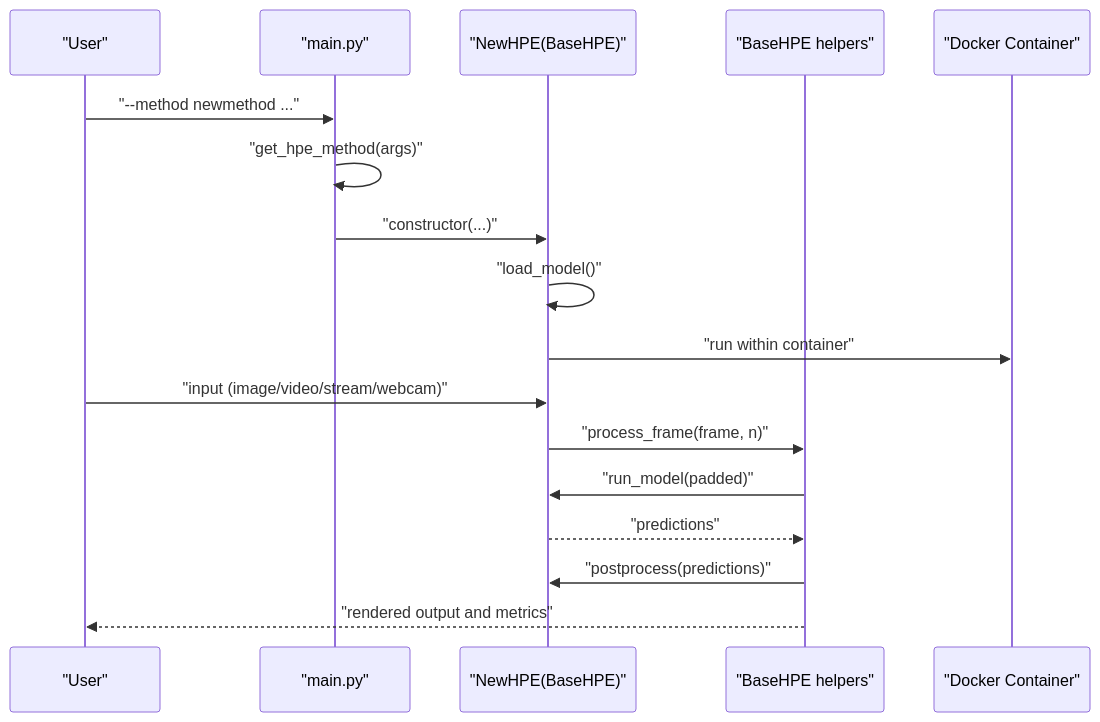
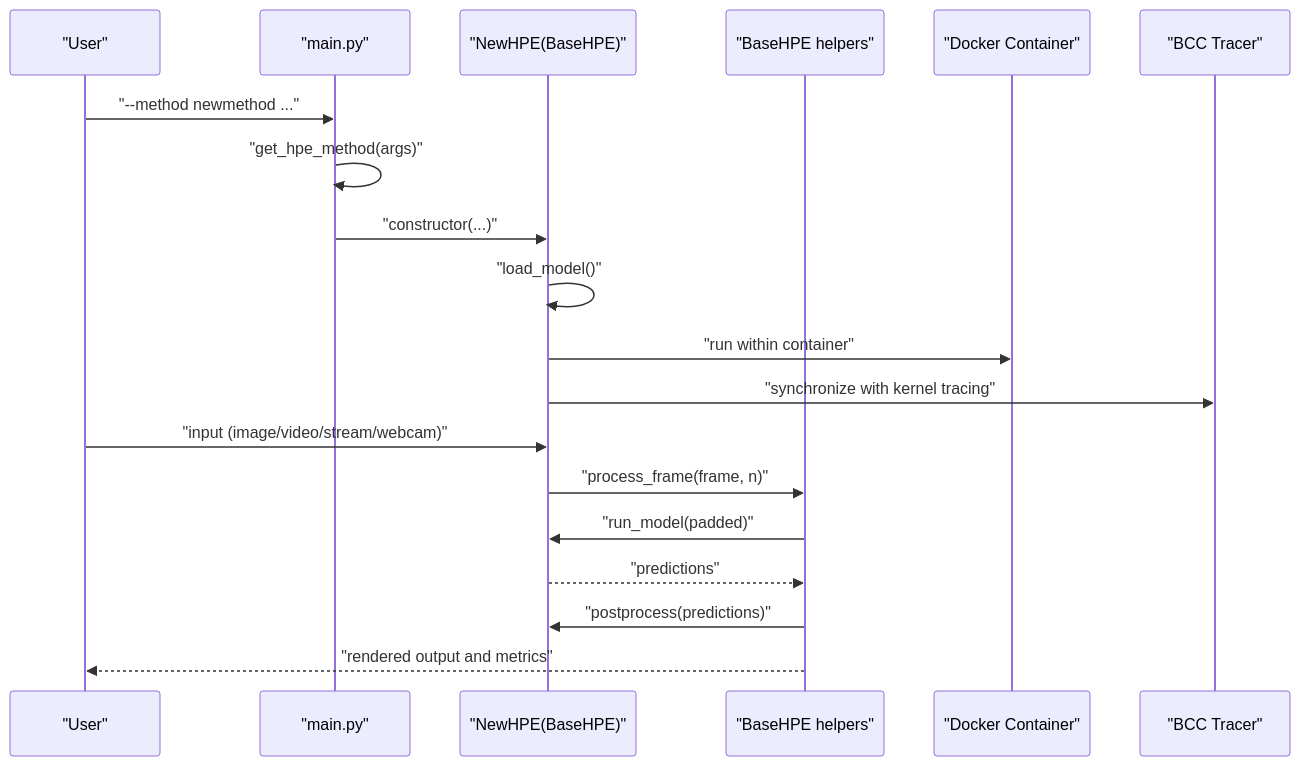
One commit to Fogus-Gr/MeasurementsDTs changed the fourth of 4 diagrams in .qoder/repowiki/en/content/Contributing Guidelines.md. Above: the diagram before and after it, drawn with Mermaid. The commit also changed other lines of this file and 9 other files, not shown here.

````diff
--- a/.qoder/repowiki/en/content/Contributing Guidelines.md
+++ b/.qoder/repowiki/en/content/Contributing Guidelines.md
@@ -299,19 +336,21 @@
 ```mermaid
 sequenceDiagram
 participant User as "User"
 participant Main as "main.py"
 participant HPE as "NewHPE(BaseHPE)"
 participant Utils as "BaseHPE helpers"
 participant Docker as "Docker Container"
+participant BCC as "BCC Tracer"
 User->>Main : "--method newmethod ..."
 Main->>Main : "get_hpe_method(args)"
 Main->>HPE : "constructor(...)"
 HPE->>HPE : "load_model()"
 HPE->>Docker : "run within container"
+HPE->>BCC : "synchronize with kernel tracing"
 User->>HPE : "input (image/video/stream/webcam)"
 HPE->>Utils : "process_frame(frame, n)"
 Utils->>HPE : "run_model(padded)"
 HPE-->>Utils : "predictions"
 Utils->>HPE : "postprocess(predictions)"
 Utils-->>User : "rendered output and metrics"
 ```
````
